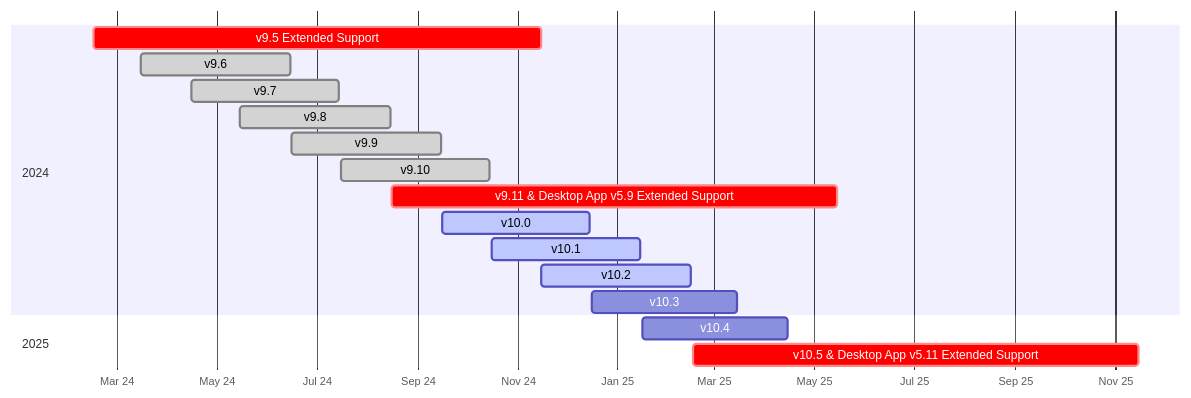
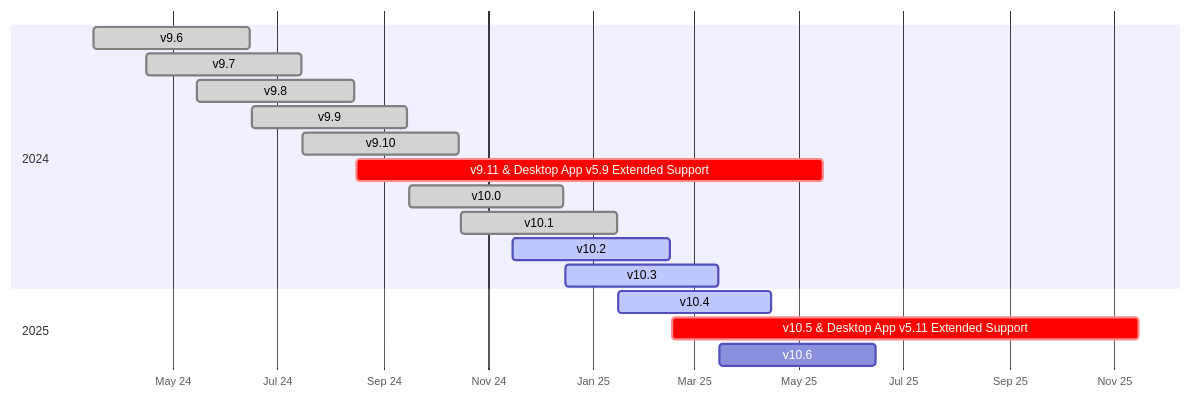
Before and after one commit to mattermost/docs: the diagram in source/about/release-policy.md, drawn with Mermaid. The commit also changed 7 other files, not shown here.

````diff
--- a/source/about/release-policy.md
+++ b/source/about/release-policy.md
@@ -48,24 +48,24 @@
 ```{mermaid}
 
 gantt
     dateFormat  YYYY-MM-DD
     axisFormat  %b %y
     tickInterval 2month
     
     section 2024
-    v9.5 Extended Support  :crit,    2024-02-16, 2024-11-15
     v9.6                   :done,  2024-03-16, 2024-06-15
     v9.7                   :done,  2024-04-16, 2024-07-15
     v9.8                   :done,  2024-05-15, 2024-08-15
     v9.9                   :done,  2024-06-16, 2024-09-15
     v9.10                  :done,  2024-07-16, 2024-10-15
     v9.11 & Desktop App v5.9 Extended Support :crit,    2024-08-16, 2025-05-15
-    v10.0                  :active,    2024-09-16, 2024-12-15
-    v10.1                  :active,    2024-10-16, 2025-01-15
-    v10.2                  :active,    2024-11-15, 2025-02-15
-    v10.3                  :upcoming,    2024-12-16, 2025-03-15
+    v10.0                  :done,    2024-09-16, 2024-12-15
+    v10.1                  :done,    2024-10-16, 2025-01-15
+    v10.2                  :active,  2024-11-15, 2025-02-15
+    v10.3                  :active,  2024-12-16, 2025-03-15
 
     section 2025
-    v10.4                  :upcoming,    2025-01-16, 2025-04-15
+    v10.4                  :active,  2025-01-16, 2025-04-15
     v10.5 & Desktop App v5.11 Extended Support :crit,    2025-02-16, 2025-11-15
+    v10.6                  :upcoming, 2025-03-16, 2025-06-15
 ```
````
